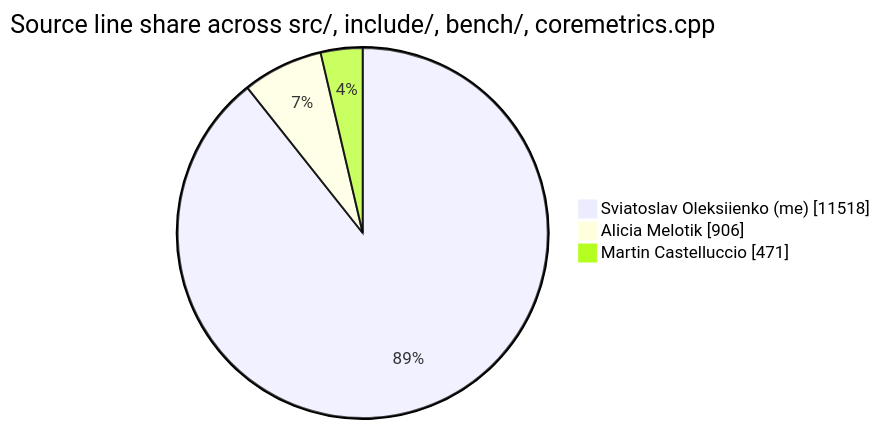
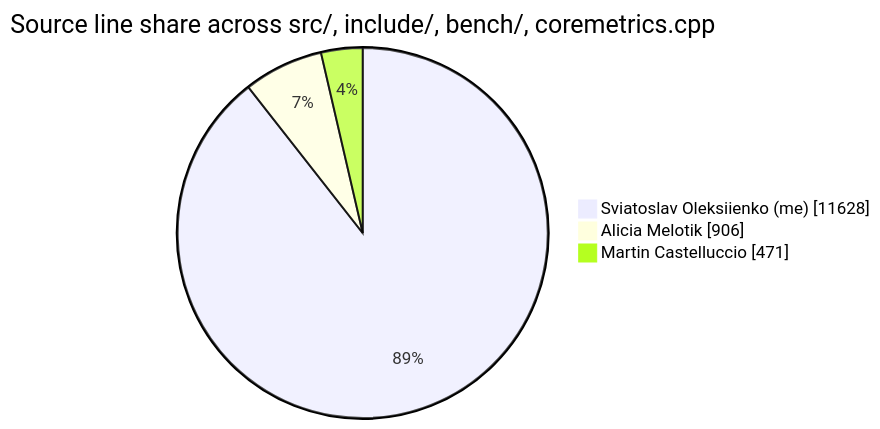
The diagram in .github/badges/contributions.md (sviatil0/coremetrics), drawn with Mermaid before and after one commit. The commit also changed other lines of this file and 2 other files, not shown here.

````diff
--- a/.github/badges/contributions.md
+++ b/.github/badges/contributions.md
@@ -11,7 +11,7 @@
 ```mermaid
 pie showData
     title Source line share across src/, include/, bench/, coremetrics.cpp
-    "Sviatoslav Oleksiienko (me)" : 11518
+    "Sviatoslav Oleksiienko (me)" : 11628
     "Alicia Melotik" : 906
     "Martin Castelluccio" : 471
 ```
````
